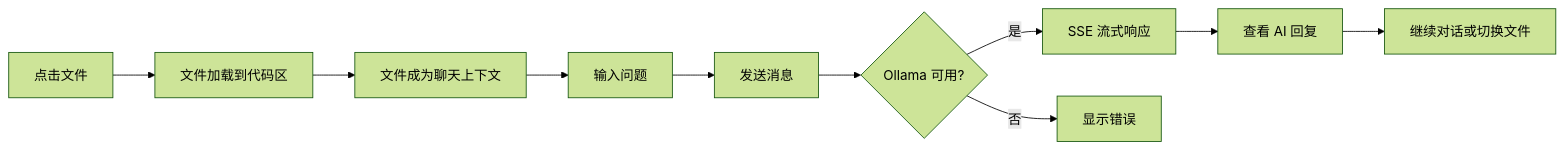
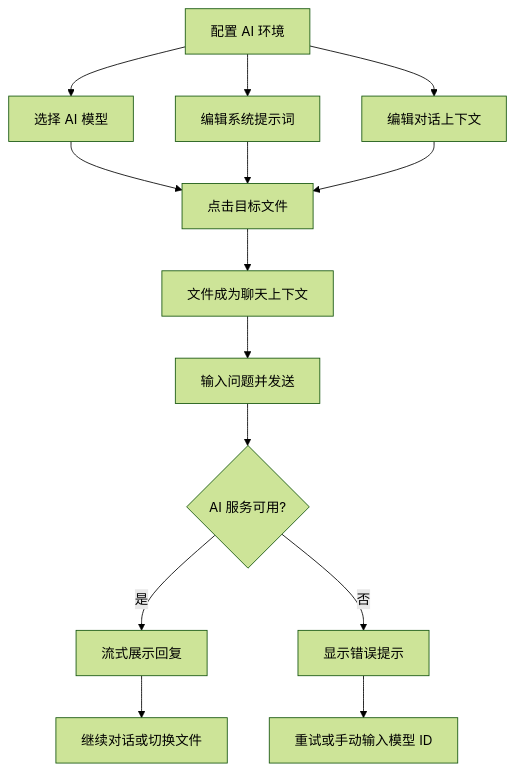
One commit to effiy/YiWeb changed the second of 5 diagrams in docs/故事任务面板/aicr/使用场景.md. Above: the diagram before and after it, drawn with Mermaid (forest theme). The commit also changed other lines of this file and 7 other files, not shown here.

````diff
--- a/docs/故事任务面板/aicr/使用场景.md
+++ b/docs/故事任务面板/aicr/使用场景.md
@@ -61,12 +59,16 @@
 ```mermaid
-flowchart LR
-    A["点击文件"] --> B["文件加载到代码区"]
+flowchart TD
+    A["配置 AI 环境"] --> A1["选择 AI 模型"]
+    A --> A2["编辑系统提示词"]
+    A --> A3["编辑对话上下文"]
+    A1 --> B["点击目标文件"]
+    A2 --> B
+    A3 --> B
     B --> C["文件成为聊天上下文"]
-    C --> D["输入问题"]
-    D --> E["发送消息"]
-    E --> F{"Ollama 可用?"}
-    F -->|"是"| G["SSE 流式响应"]
-    F -->|"否"| H["显示错误"]
-    G --> I["查看 AI 回复"]
-    I --> J["继续对话或切换文件"]
+    C --> D["输入问题并发送"]
+    D --> E{"AI 服务可用?"}
+    E -->|"是"| F["流式展示回复"]
+    E -->|"否"| G["显示错误提示"]
+    F --> H["继续对话或切换文件"]
+    G --> I["重试或手动输入模型 ID"]
 ```
````
